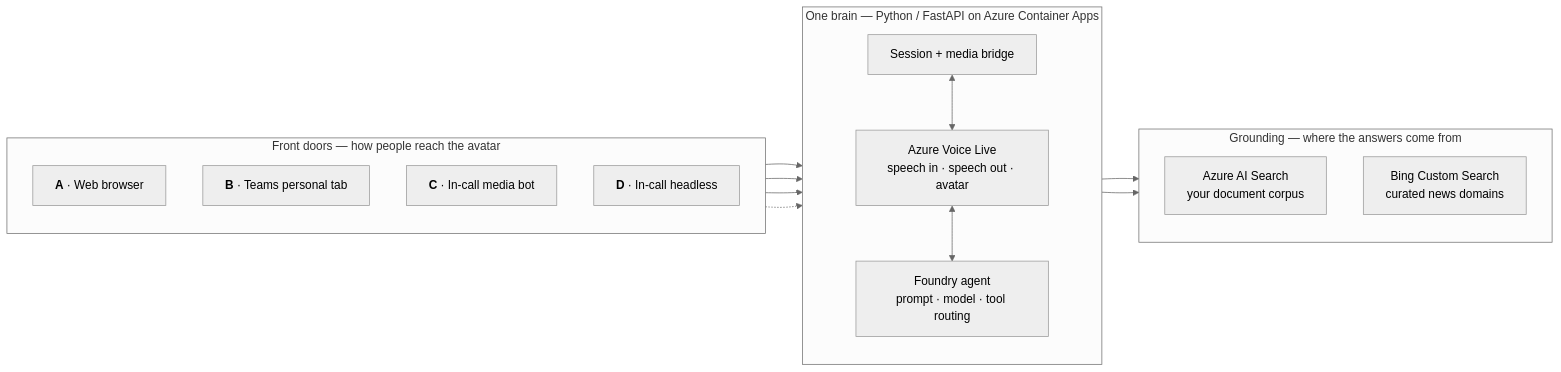
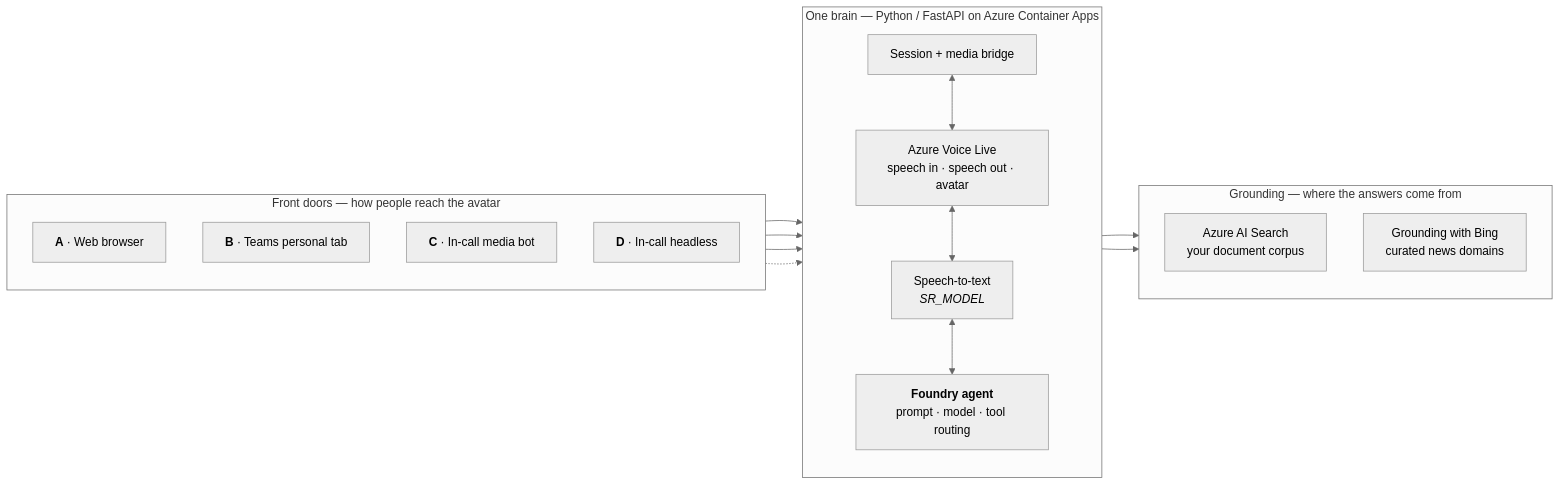
One commit to SridharArrabelly/avatar-forge changed the first of 2 diagrams in README.md. Above: the diagram before and after it, drawn with Mermaid (neutral theme). The commit also changed other lines of this file and 14 other files, not shown here.

````diff
--- a/README.md
+++ b/README.md
@@ -15,32 +30,34 @@
 ```mermaid
 flowchart LR
     subgraph Doors["Front doors — how people reach the avatar"]
         direction TB
         A["<b>A</b> · Web browser"]
         B["<b>B</b> · Teams personal tab"]
         C["<b>C</b> · In-call media bot"]
         D["<b>D</b> · In-call headless"]
     end
 
     subgraph Brain["One brain — Python / FastAPI on Azure Container Apps"]
         direction TB
         API["Session + media bridge"]
         VL["Azure Voice Live<br/>speech in · speech out · avatar"]
-        AG["Foundry agent<br/>prompt · model · tool routing"]
+        STT["Speech-to-text<br/><i>SR_MODEL</i>"]
+        AG["<b>Foundry agent</b><br/>prompt · model · tool routing"]
         API <--> VL
-        VL <--> AG
+        VL <--> STT
+        STT <--> AG
     end
 
     subgraph Ground["Grounding — where the answers come from"]
         direction TB
         S["Azure AI Search<br/>your document corpus"]
-        N["Bing Custom Search<br/>curated news domains"]
+        N["Grounding with Bing<br/>curated news domains"]
     end
 
     A --> API
     B --> API
     C --> API
     D -.-> API
     AG --> S
     AG --> N
 ```
````
